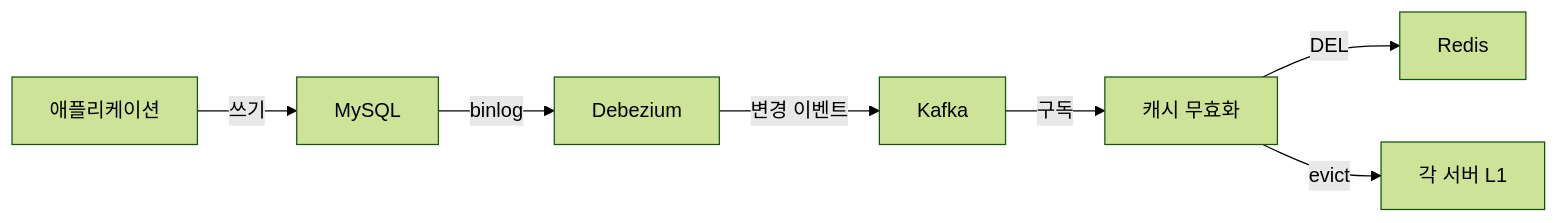
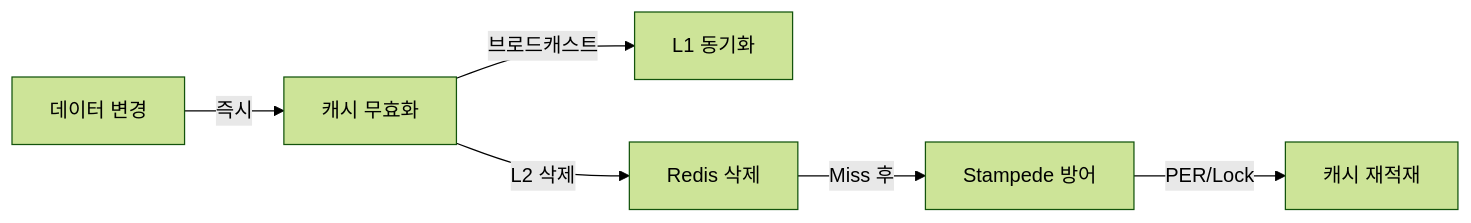
The seventh of 7 diagrams in _posts/caching/2026-05-03-cache-invalidation.md (yjkim2015/yjkim2015.github.io), drawn with Mermaid (forest theme) before and after one commit. The commit also changed other lines of this file and 4 other files, not shown here.

````diff
--- a/_posts/caching/2026-05-03-cache-invalidation.md
+++ b/_posts/caching/2026-05-03-cache-invalidation.md
@@ -510,9 +1473,8 @@
 ```mermaid
 graph LR
-    App["애플리케이션"] -->|"쓰기"| DB["MySQL"]
-    DB -->|"binlog"| Debezium["Debezium"]
-    Debezium -->|"변경 이벤트"| Kafka["Kafka"]
-    Kafka -->|"구독"| Worker["캐시 무효화"]
-    Worker -->|"DEL"| Redis["Redis"]
-    Worker -->|"evict"| L1["각 서버 L1"]
+    Data["데이터 변경"] -->|"즉시"| EVICT["캐시 무효화"]
+    EVICT -->|"브로드캐스트"| L1["L1 동기화"]
+    EVICT -->|"L2 삭제"| L2["Redis 삭제"]
+    L2 -->|"Miss 후"| Herd["Stampede 방어"]
+    Herd -->|"PER/Lock"| Reload["캐시 재적재"]
 ```
````
